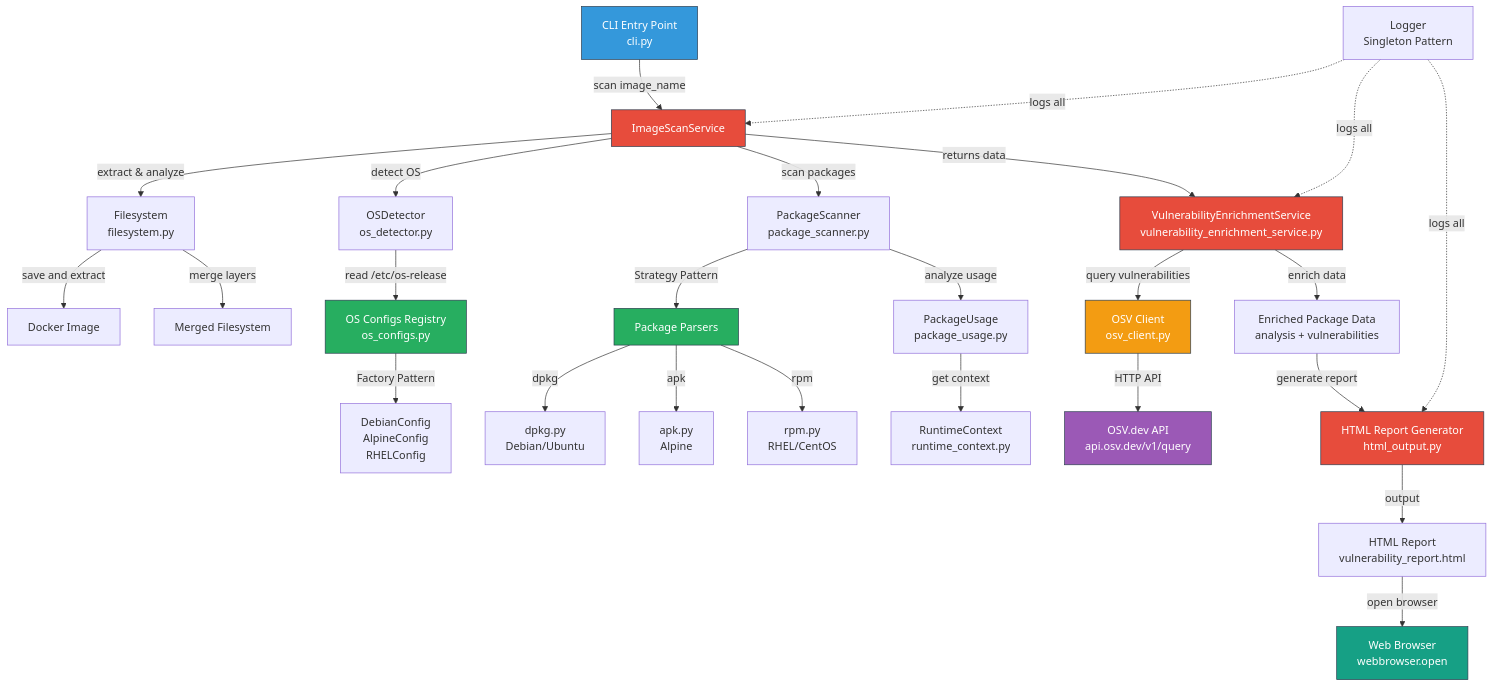
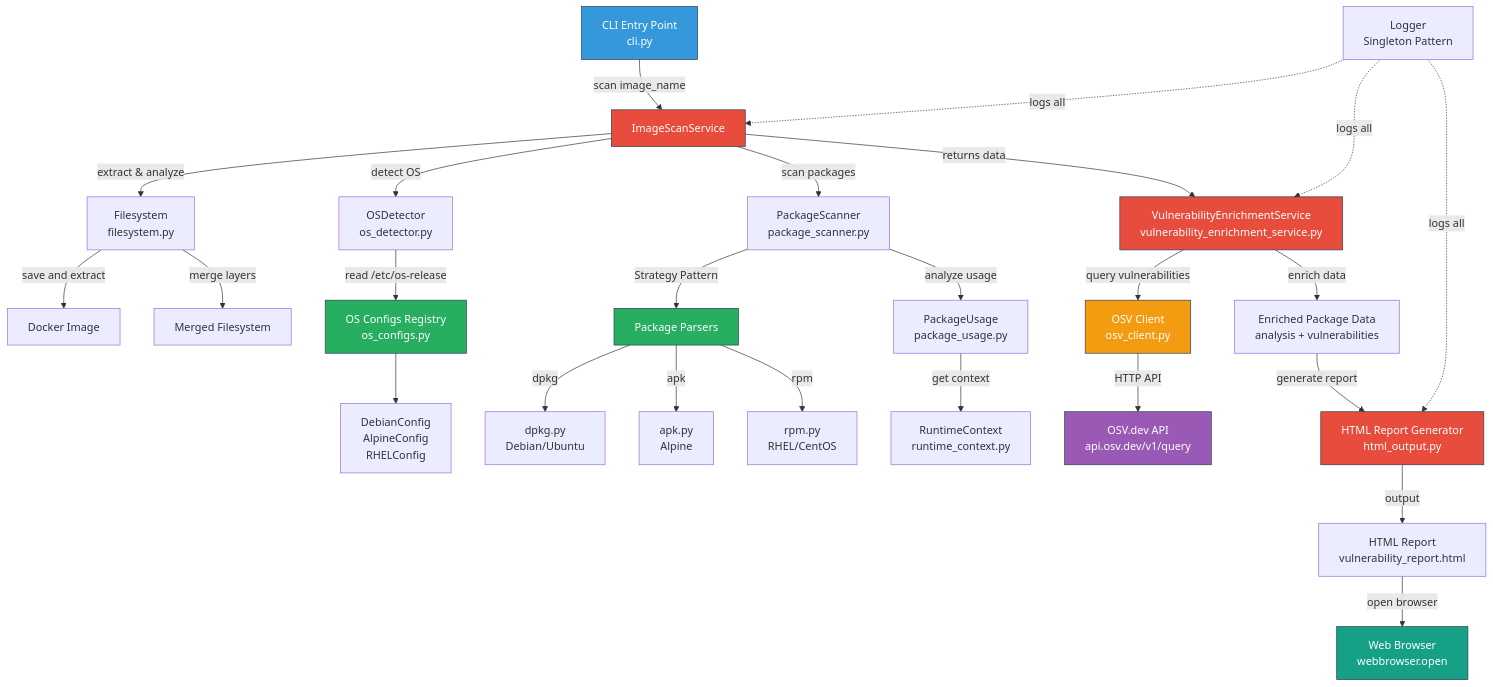
The diagram in README.md (asafzenou/dockerscan), drawn with Mermaid before and after one commit. The commit also changed other lines of this file, not shown here.

Commit message:
Removed the factory design and updating the readme

````diff
--- a/README.md
+++ b/README.md
@@ -105,49 +105,49 @@
 ```mermaid
 graph TD
     A["CLI Entry Point<br/>cli.py"] -->|scan image_name| B["ImageScanService"]
     
     B -->|extract & analyze| C["Filesystem<br/>filesystem.py"]
     B -->|detect OS| D["OSDetector<br/>os_detector.py"]
     B -->|scan packages| E["PackageScanner<br/>package_scanner.py"]
     
     C -->|save and extract| F["Docker Image"]
     C -->|merge layers| G["Merged Filesystem"]
     
     D -->|read /etc/os-release| H["OS Configs Registry<br/>os_configs.py"]
-    H -->|Factory Pattern| I["DebianConfig<br/>AlpineConfig<br/>RHELConfig"]
+    H --> I["DebianConfig<br/>AlpineConfig<br/>RHELConfig"]
     
     E -->|Strategy Pattern| J["Package Parsers"]
     J -->|dpkg| K["dpkg.py<br/>Debian/Ubuntu"]
     J -->|apk| L["apk.py<br/>Alpine"]
     J -->|rpm| M["rpm.py<br/>RHEL/CentOS"]
     
     E -->|analyze usage| N["PackageUsage<br/>package_usage.py"]
     N -->|get context| O["RuntimeContext<br/>runtime_context.py"]
     
     B -->|returns data| P["VulnerabilityEnrichmentService<br/>vulnerability_enrichment_service.py"]
     
     P -->|query vulnerabilities| Q["OSV Client<br/>osv_client.py"]
     Q -->|HTTP API| R["OSV.dev API<br/>api.osv.dev/v1/query"]
     
     P -->|enrich data| S["Enriched Package Data<br/>analysis + vulnerabilities"]
     
     S -->|generate report| T["HTML Report Generator<br/>html_output.py"]
     
     T -->|output| U["HTML Report<br/>vulnerability_report.html"]
     
     U -->|open browser| V["Web Browser<br/>webbrowser.open"]
     
     W["Logger<br/>Singleton Pattern"] -.->|logs all| B
     W -.->|logs all| P
     W -.->|logs all| T
     
     style A fill:#3498db,stroke:#2c3e50,color:#fff
     style B fill:#e74c3c,stroke:#2c3e50,color:#fff
     style P fill:#e74c3c,stroke:#2c3e50,color:#fff
     style T fill:#e74c3c,stroke:#2c3e50,color:#fff
     style H fill:#27ae60,stroke:#2c3e50,color:#fff
     style J fill:#27ae60,stroke:#2c3e50,color:#fff
     style Q fill:#f39c12,stroke:#2c3e50,color:#fff
     style R fill:#9b59b6,stroke:#2c3e50,color:#fff
     style V fill:#16a085,stroke:#2c3e50,color:#fff
 ```
````
